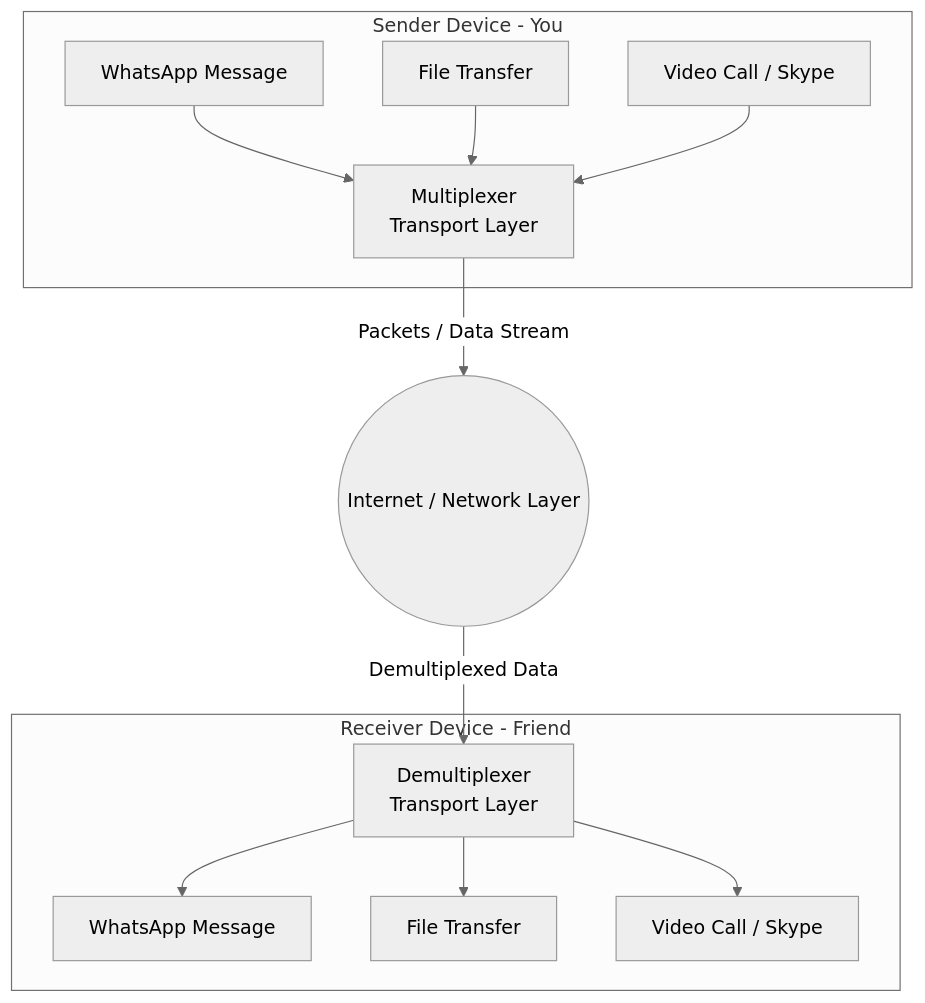
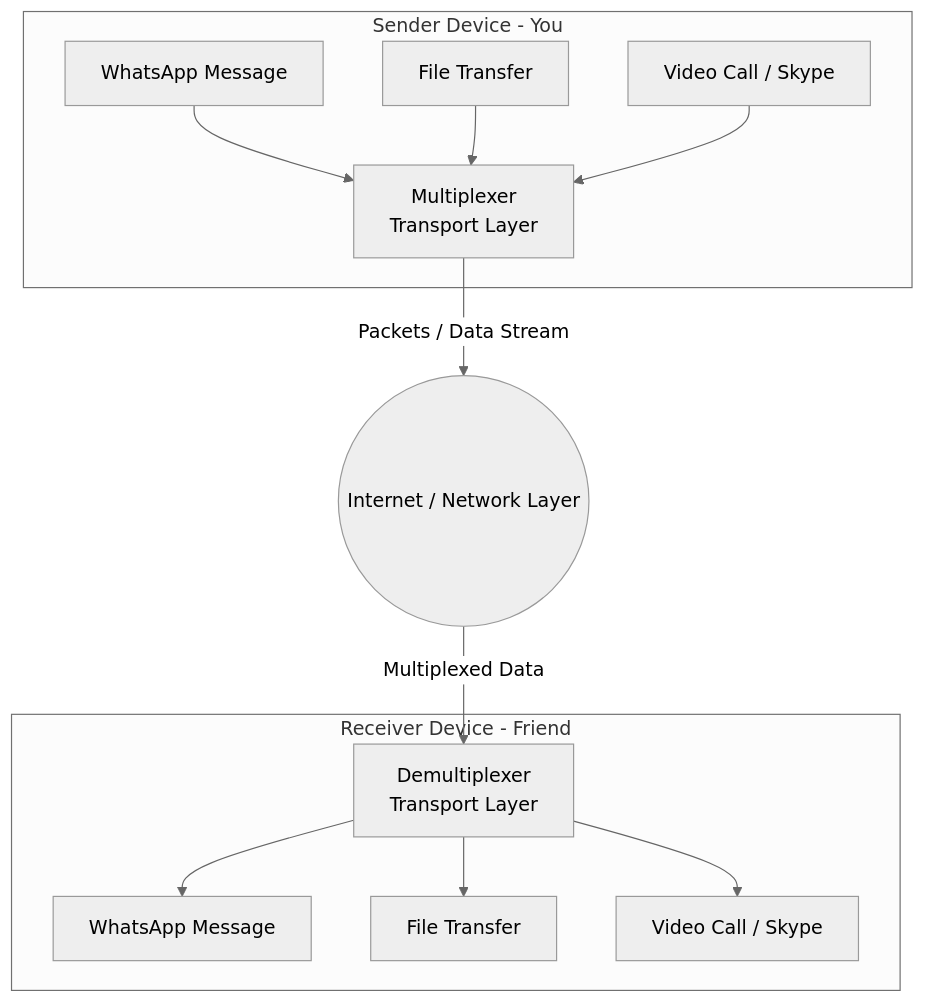
One commit to aswath0001/Internet-Networking changed the fourth of 4 diagrams in 5.md. Above: the diagram before and after it, drawn with Mermaid (neutral theme).

````diff
--- a/5.md
+++ b/5.md
@@ -59,25 +59,25 @@
 ```mermaid
  graph TD
     %% Applications Layer (Sender Side)
     subgraph Sender [Sender Device - You]
         App1[WhatsApp Message]
         App2[File Transfer]
         App3[Video Call / Skype]
         
         App1 --> Multiplexer[Multiplexer <br/> Transport Layer]
         App2 --> Multiplexer
         App3 --> Multiplexer
     end
 
     %% Network Transmission
     Multiplexer -->|Packets / Data Stream| Network((Internet / Network Layer))
 
     %% Receiver Side (Friend)
-    Network -->|Demultiplexed Data| Demultiplexer[Demultiplexer <br/> Transport Layer]
+    Network -->|Multiplexed Data| Demultiplexer[Demultiplexer <br/> Transport Layer]
 
     subgraph Receiver [Receiver Device - Friend]
         Demultiplexer --> RecApp1[WhatsApp Message]
         Demultiplexer --> RecApp2[File Transfer]
         Demultiplexer --> RecApp3[Video Call / Skype]
     end
 ```
````
